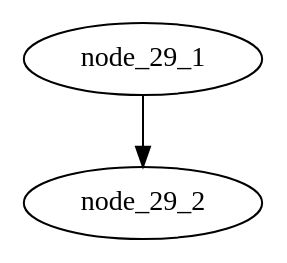
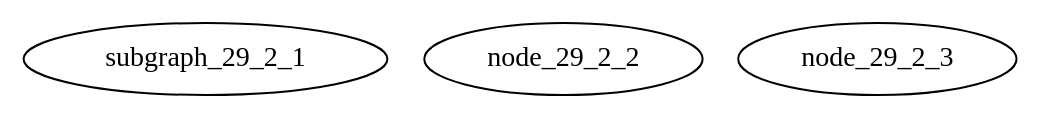
Before and after one commit to graphviz-perl/GraphViz2-Marpa: the diagram in data/29.2.gv, drawn with Graphviz. The commit also changed 4 other files, not shown here.

```diff
--- a/data/29.2.gv
+++ b/data/29.2.gv
@@ -1,10 +1,8 @@
-digraph graph_29
+digraph graph_29_2
 {
-	subgraph subgraph_29_1
+	subgraph_29_2_1
 	{
-		subgraph subgraph_29_2
-		{
-			node_29_1 -> node_29_2
-		}
+		node_29_2_2
+		node_29_2_3
 	}
 }
```
